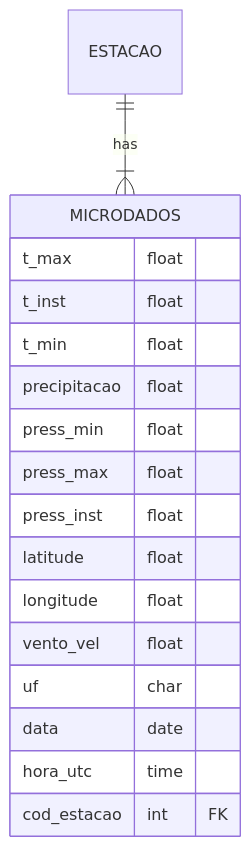
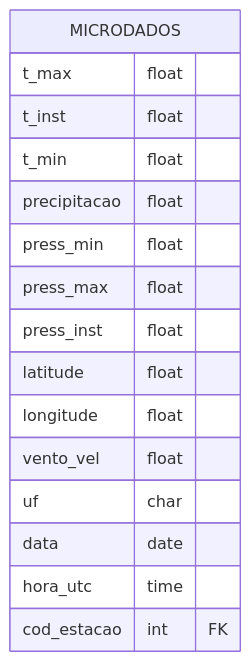
The diagram in parte_1_modelagem.md (xonorhc/teste-tecnico-especialista-banco-dados), drawn with Mermaid before and after one commit. The commit also changed other lines of this file and 12 other files, not shown here.

````diff
--- a/parte_1_modelagem.md
+++ b/parte_1_modelagem.md
@@ -23,22 +20,21 @@
 ```mermaid
 erDiagram
-    ESTACAO ||--|{ MICRODADOS : has
 
 MICRODADOS {
     t_max float
     t_inst float
     t_min float
     precipitacao float
     press_min float
     press_max float
     press_inst float
     latitude float
     longitude float
     vento_vel float
     uf char
     data date
     hora_utc time
     cod_estacao int FK
 }
 
 ```
````
